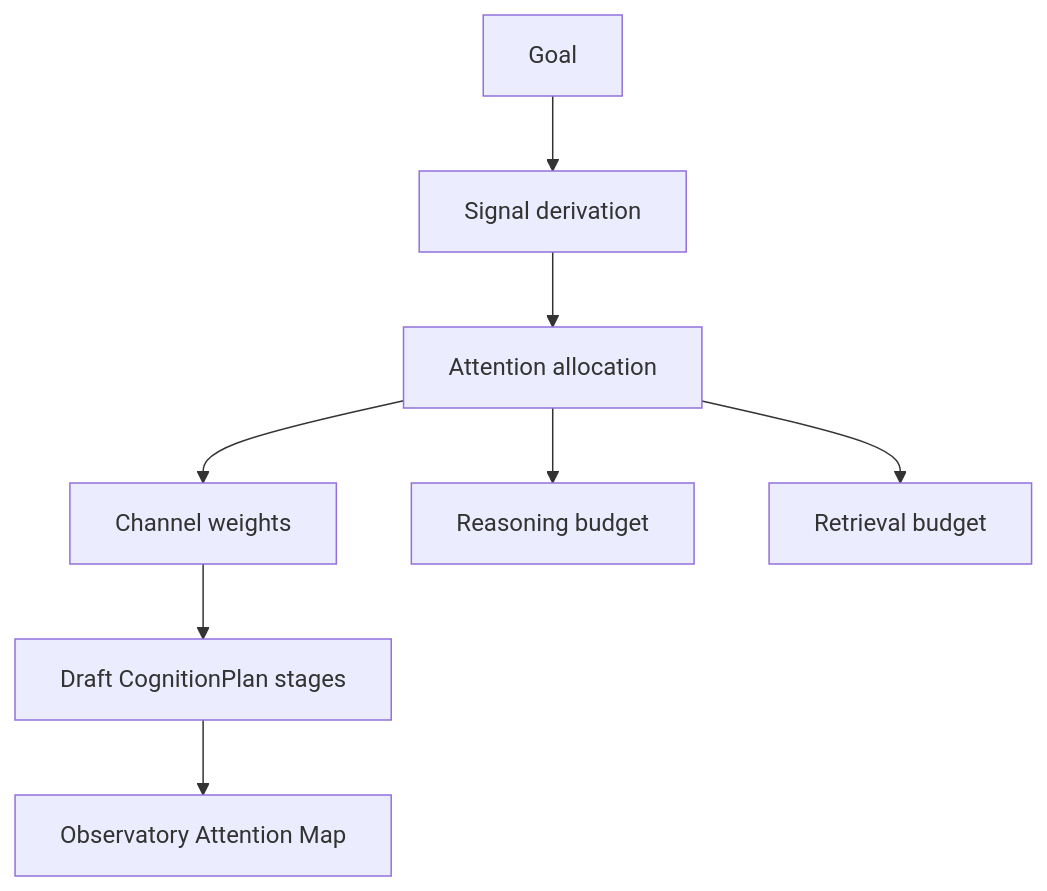
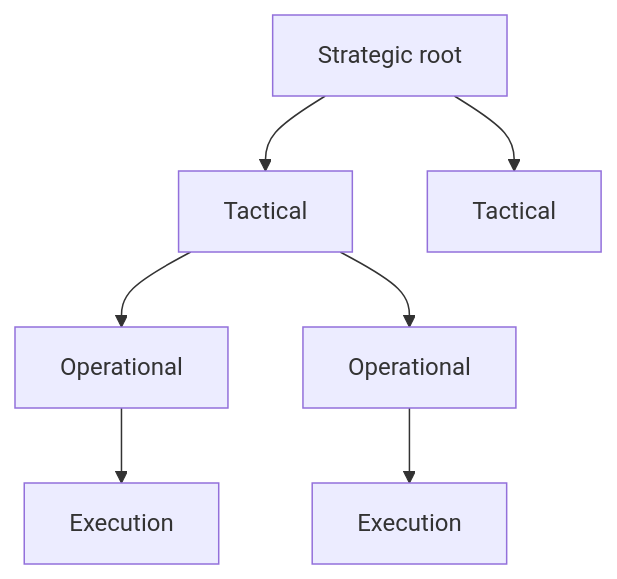
The second of 2 diagrams in docs/aether_lab.md (ShouryaVeggalam/AetherOS), drawn with Mermaid before and after one commit. The commit also changed other lines of this file and 36 other files, not shown here.

````diff
--- a/docs/aether_lab.md
+++ b/docs/aether_lab.md
@@ -37,10 +53,9 @@
 ```mermaid
 flowchart TD
-    G[Goal] --> S[Signal derivation]
-    S --> A[Attention allocation]
-    A --> W[Channel weights]
-    A --> R[Reasoning budget]
-    A --> T[Retrieval budget]
-    W --> P[Draft CognitionPlan stages]
-    P --> O[Observatory Attention Map]
+    S[Strategic root] --> T1[Tactical]
+    S --> T2[Tactical]
+    T1 --> O1[Operational]
+    T1 --> O2[Operational]
+    O1 --> E1[Execution]
+    O2 --> E2[Execution]
 ```
````
